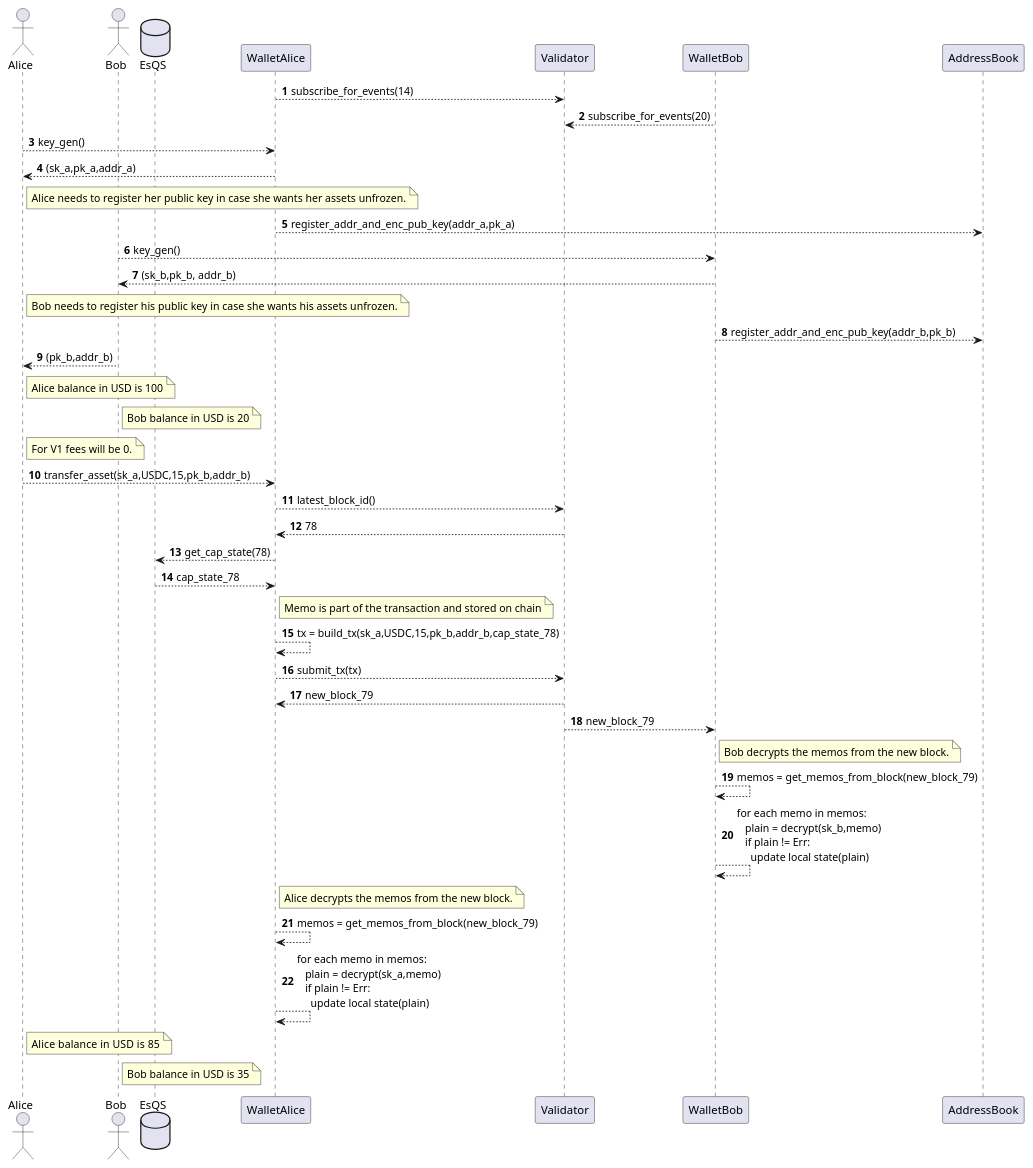
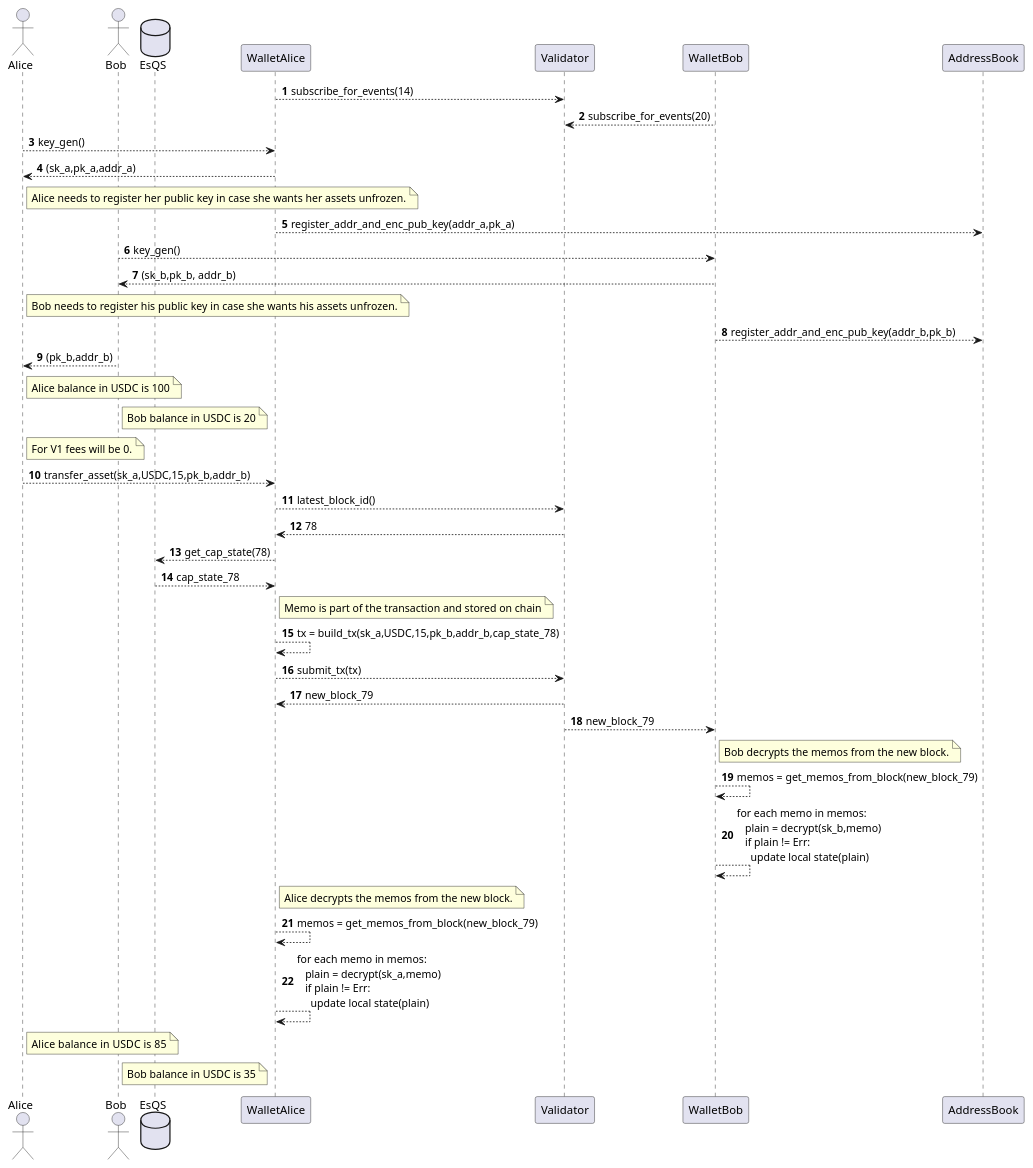
Before and after one commit to EspressoSystems/espresso: the diagram in doc/architecture/simple_transfer_seq_diagram.puml, drawn with PlantUML.

```diff
--- a/doc/architecture/simple_transfer_seq_diagram.puml
+++ b/doc/architecture/simple_transfer_seq_diagram.puml
@@ -1,79 +1,79 @@
 @startuml
 autonumber
 Actor Alice
 Actor Bob
 Database EsQS
 
 WalletAlice --> Validator: subscribe_for_events(14)
 WalletBob --> Validator: subscribe_for_events(20)
 
 Alice --> WalletAlice: key_gen()
 WalletAlice --> Alice: (sk_a,pk_a,addr_a)
 
 note right Alice
 Alice needs to register her public key in case she wants her assets unfrozen.
 end note
 WalletAlice --> AddressBook: register_addr_and_enc_pub_key(addr_a,pk_a)
 
 Bob --> WalletBob: key_gen()
 WalletBob --> Bob: (sk_b,pk_b, addr_b)
 
 note right Alice
 Bob needs to register his public key in case she wants his assets unfrozen.
 end note
 WalletBob --> AddressBook: register_addr_and_enc_pub_key(addr_b,pk_b)
 
 Bob --> Alice: (pk_b,addr_b)
 
 note right Alice
-Alice balance in USD is 100
+Alice balance in USDC is 100
 end note
 
 note right Bob
-Bob balance in USD is 20
+Bob balance in USDC is 20
 end note
 
 note right Alice
 For V1 fees will be 0.
 end note
 
 Alice --> WalletAlice: transfer_asset(sk_a,USDC,15,pk_b,addr_b)
 
 WalletAlice --> Validator: latest_block_id()
 Validator --> WalletAlice: 78
 WalletAlice --> EsQS: get_cap_state(78)
 EsQS --> WalletAlice: cap_state_78
 
 note right WalletAlice
 Memo is part of the transaction and stored on chain
 end note
 
 WalletAlice --> WalletAlice: tx = build_tx(sk_a,USDC,15,pk_b,addr_b,cap_state_78)
 
 WalletAlice --> Validator: submit_tx(tx)
 
 Validator --> WalletAlice:new_block_79
 Validator --> WalletBob:new_block_79
 
 note right WalletBob
 Bob decrypts the memos from the new block.
 end note
 WalletBob --> WalletBob: memos = get_memos_from_block(new_block_79)
 WalletBob --> WalletBob: for each memo in memos: \n   plain = decrypt(sk_b,memo) \n   if plain != Err: \n     update local state(plain)
 
 note right WalletAlice
 Alice decrypts the memos from the new block.
 end note
 WalletAlice --> WalletAlice: memos = get_memos_from_block(new_block_79)
 WalletAlice --> WalletAlice: for each memo in memos: \n   plain = decrypt(sk_a,memo) \n   if plain != Err: \n     update local state(plain)
 
 note right Alice
-Alice balance in USD is  85
+Alice balance in USDC is  85
 end note
 
 note right Bob
-Bob balance in USD is 35
+Bob balance in USDC is 35
 end note
 
 
 @enduml
```
